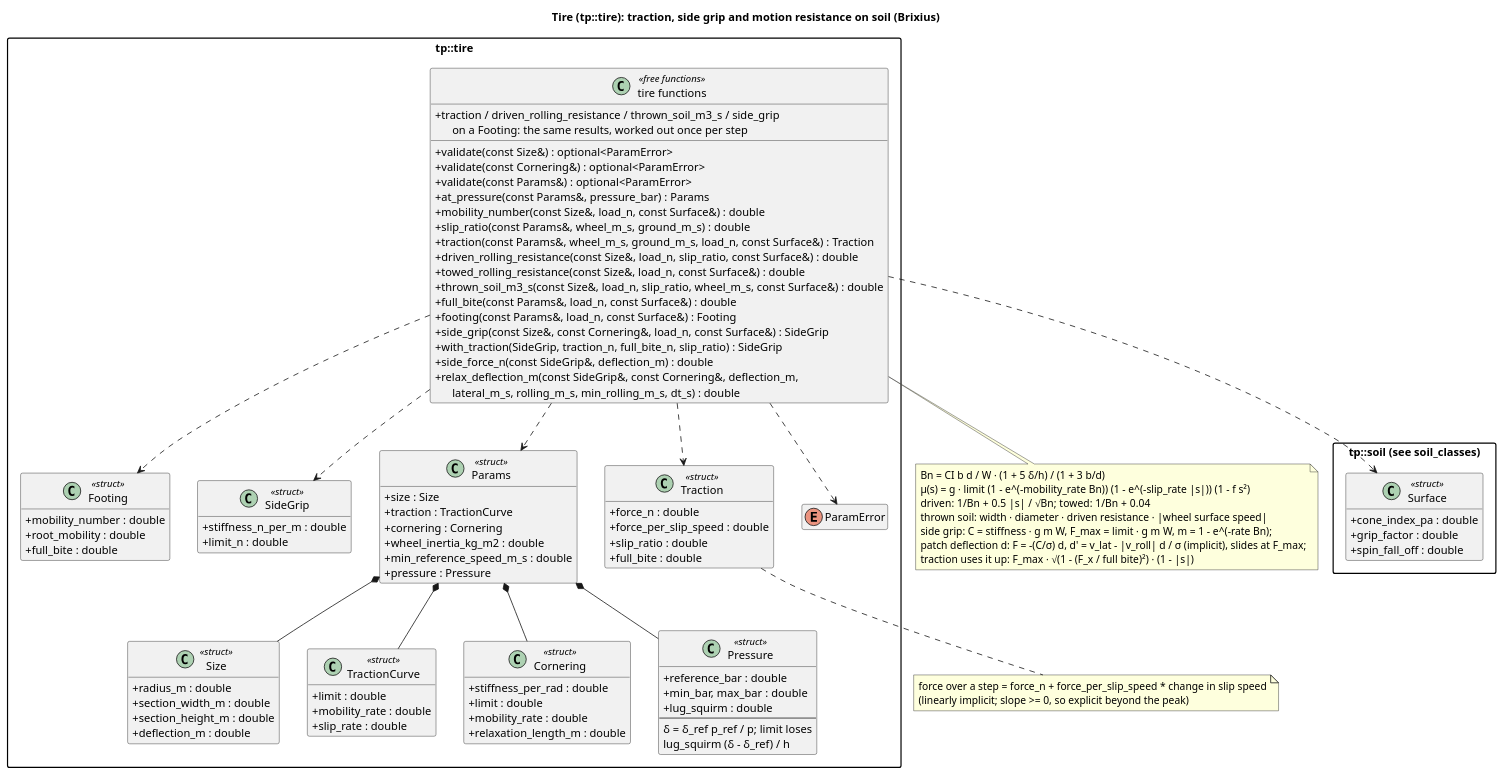
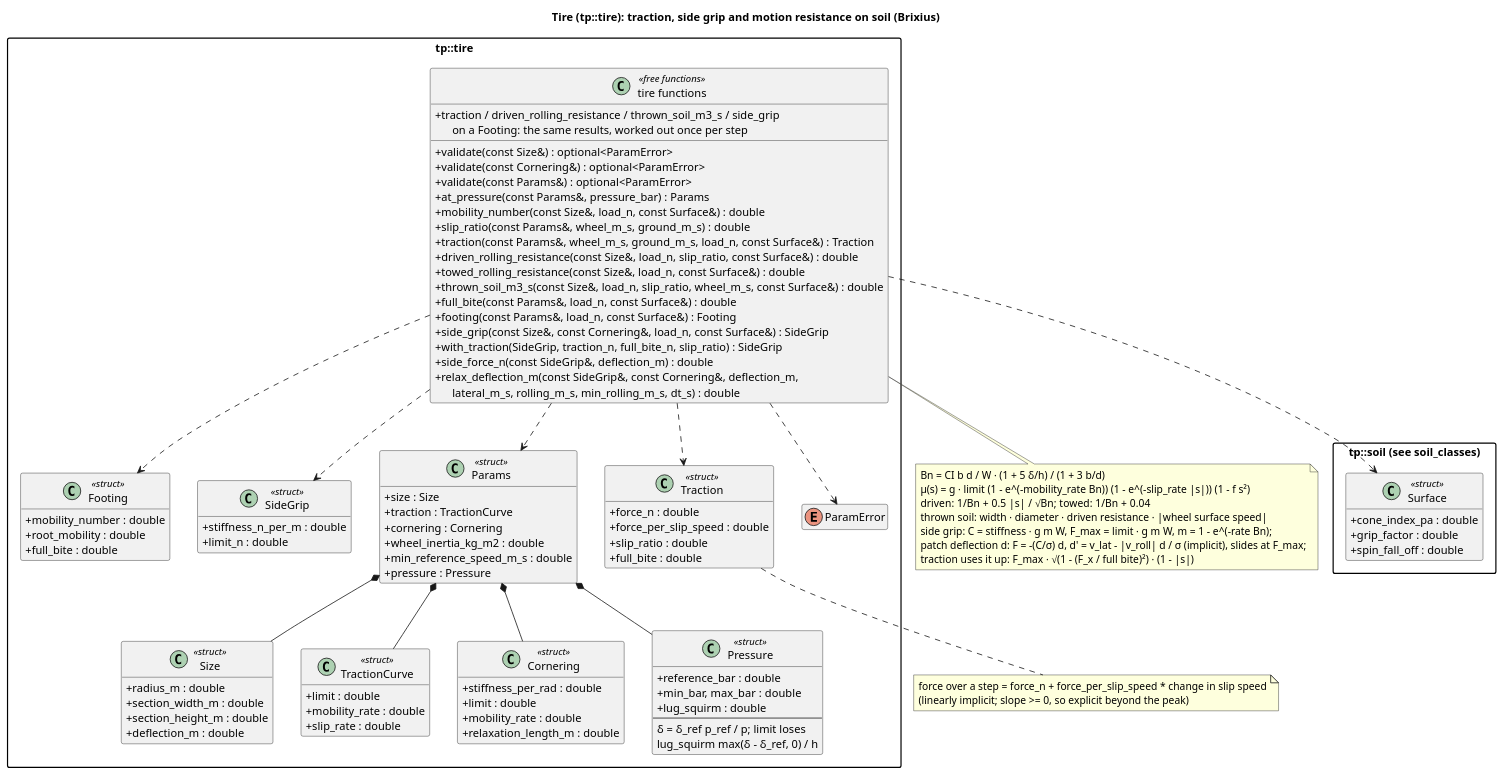
One commit to wversteeg/TractorPulling changed the diagram in docs/diagrams/tire_classes.puml. Above: the diagram before and after it, drawn with PlantUML. The commit also changed 12 other files, not shown here.

```diff
--- a/docs/diagrams/tire_classes.puml
+++ b/docs/diagrams/tire_classes.puml
@@ -1,108 +1,108 @@
 @startuml tire_classes
 title Tire (tp::tire): traction, side grip and motion resistance on soil (Brixius)
 hide empty members
 skinparam packageStyle rectangle
 skinparam classAttributeIconSize 0
 
 package "tp::soil (see soil_classes)" {
   class Surface <<struct>> {
     +cone_index_pa : double
     +grip_factor : double
     +spin_fall_off : double
   }
 }
 
 package "tp::tire" {
   class Size <<struct>> {
     +radius_m : double
     +section_width_m : double
     +section_height_m : double
     +deflection_m : double
   }
   class TractionCurve <<struct>> {
     +limit : double
     +mobility_rate : double
     +slip_rate : double
   }
   class Cornering <<struct>> {
     +stiffness_per_rad : double
     +limit : double
     +mobility_rate : double
     +relaxation_length_m : double
   }
   class Footing <<struct>> {
     +mobility_number : double
     +root_mobility : double
     +full_bite : double
   }
   class SideGrip <<struct>> {
     +stiffness_n_per_m : double
     +limit_n : double
   }
   class Params <<struct>> {
     +size : Size
     +traction : TractionCurve
     +cornering : Cornering
     +wheel_inertia_kg_m2 : double
     +min_reference_speed_m_s : double
     +pressure : Pressure
   }
   class Pressure <<struct>> {
     +reference_bar : double
     +min_bar, max_bar : double
     +lug_squirm : double
     --
     δ = δ_ref p_ref / p; limit loses
-    lug_squirm (δ - δ_ref) / h
+    lug_squirm max(δ - δ_ref, 0) / h
   }
   class Traction <<struct>> {
     +force_n : double
     +force_per_slip_speed : double
     +slip_ratio : double
     +full_bite : double
   }
   enum ParamError
   class "tire functions" as TireFns <<free functions>> {
     +validate(const Size&) : optional<ParamError>
     +validate(const Cornering&) : optional<ParamError>
     +validate(const Params&) : optional<ParamError>
     +at_pressure(const Params&, pressure_bar) : Params
     +mobility_number(const Size&, load_n, const Surface&) : double
     +slip_ratio(const Params&, wheel_m_s, ground_m_s) : double
     +traction(const Params&, wheel_m_s, ground_m_s, load_n, const Surface&) : Traction
     +driven_rolling_resistance(const Size&, load_n, slip_ratio, const Surface&) : double
     +towed_rolling_resistance(const Size&, load_n, const Surface&) : double
     +thrown_soil_m3_s(const Size&, load_n, slip_ratio, wheel_m_s, const Surface&) : double
     +full_bite(const Params&, load_n, const Surface&) : double
     +footing(const Params&, load_n, const Surface&) : Footing
     +traction / driven_rolling_resistance / thrown_soil_m3_s / side_grip\n      on a Footing: the same results, worked out once per step
     +side_grip(const Size&, const Cornering&, load_n, const Surface&) : SideGrip
     +with_traction(SideGrip, traction_n, full_bite_n, slip_ratio) : SideGrip
     +side_force_n(const SideGrip&, deflection_m) : double
     +relax_deflection_m(const SideGrip&, const Cornering&, deflection_m,\n      lateral_m_s, rolling_m_s, min_rolling_m_s, dt_s) : double
   }
   Params *-- Size
   Params *-- TractionCurve
   Params *-- Cornering
   Params *-- Pressure
   TireFns ..> SideGrip
   TireFns ..> Footing
   TireFns ..> Params
   TireFns ..> Traction
   TireFns ..> ParamError
   TireFns ..> Surface
 }
 note bottom of TireFns
   Bn = CI b d / W · (1 + 5 δ/h) / (1 + 3 b/d)
   μ(s) = g · limit (1 - e^(-mobility_rate Bn)) (1 - e^(-slip_rate |s|)) (1 - f s²)
   driven: 1/Bn + 0.5 |s| / √Bn;  towed: 1/Bn + 0.04
   thrown soil: width · diameter · driven resistance · |wheel surface speed|
   side grip: C = stiffness · g m W, F_max = limit · g m W, m = 1 - e^(-rate Bn);
   patch deflection d: F = -(C/σ) d, d' = v_lat - |v_roll| d / σ (implicit), slides at F_max;
   traction uses it up: F_max · √(1 - (F_x / full bite)²) · (1 - |s|)
 end note
 note bottom of Traction
   force over a step = force_n + force_per_slip_speed * change in slip speed
   (linearly implicit; slope >= 0, so explicit beyond the peak)
 end note
 @enduml
```
